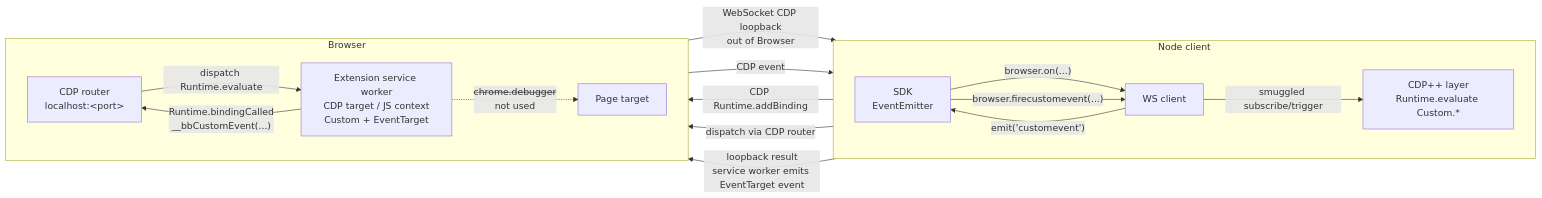
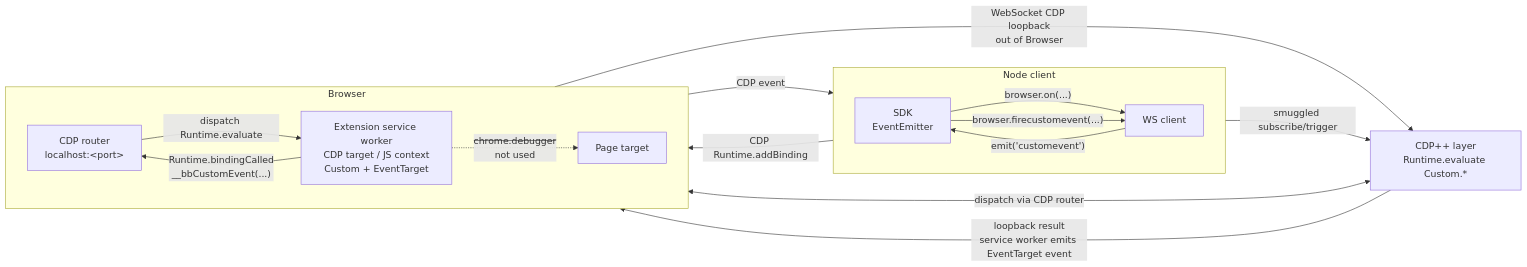
The fourth of 4 diagrams in README.md (pirate/chrome-cdp-extension-bridge), drawn with Mermaid before and after one commit. The commit also changed other lines of this file, not shown here.

Commit message:
Move smuggled layer outside node diagrams

````diff
--- a/README.md
+++ b/README.md
@@ -130,29 +131,30 @@
 ```mermaid
 flowchart LR
   subgraph Node["Node client"]
     direction LR
     SDK["SDK<br/>EventEmitter"]
     WS["WS client"]
-    Smuggle["CDP++ layer<br/>Runtime.evaluate Custom.*"]
     SDK -->|"browser.on(...)"| WS
     SDK -->|"browser.firecustomevent(...)"| WS
-    WS -->|"smuggled subscribe/trigger"| Smuggle
   end
 
   subgraph Browser["Browser"]
     direction LR
     CDP["CDP router<br/>localhost:&lt;port&gt;"]
     SW["Extension service worker<br/>CDP target / JS context<br/>Custom + EventTarget"]
     Page["Page target"]
     CDP -->|"dispatch Runtime.evaluate"| SW
     SW -. "<s>chrome.debugger</s><br/>not used" .-> Page
   end
 
+  Smuggle["CDP++ layer<br/>Runtime.evaluate Custom.*"]
+
   WS -->|"CDP Runtime.addBinding"| CDP
-  Smuggle -->|"dispatch via CDP router"| CDP
+  WS -->|"smuggled subscribe/trigger"| Smuggle
+  Smuggle <-->|"dispatch via CDP router"| CDP
   SW -->|"WebSocket CDP loopback<br/>out of Browser"| Smuggle
   Smuggle -->|"loopback result<br/>service worker emits EventTarget event"| SW
   SW -->|"Runtime.bindingCalled<br/>__bbCustomEvent(...)"| CDP
   CDP -->|"CDP event"| WS
   WS -->|"emit('customevent')"| SDK
 ```
````
